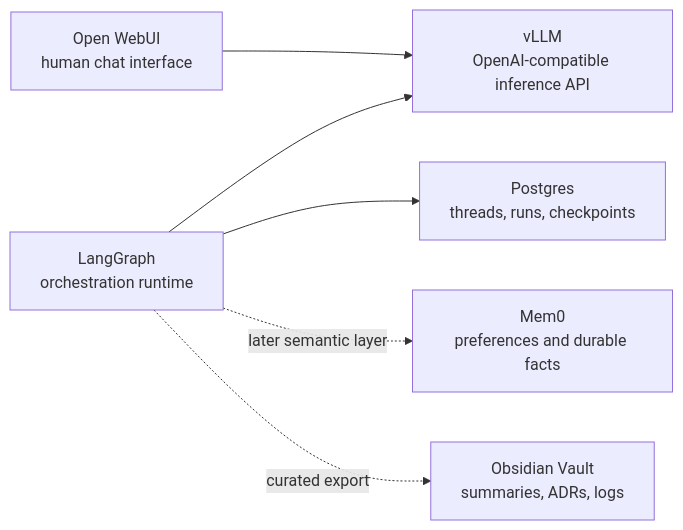
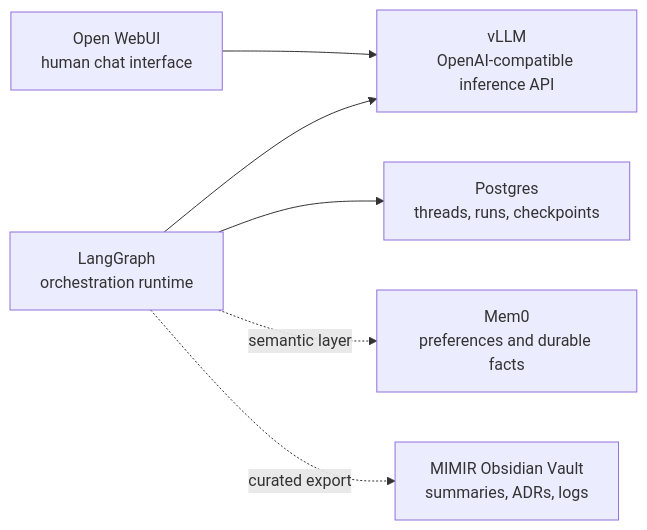
The diagram in docs/diagrams/ai-stack.mmd (ixxet/Prometheus), drawn with Mermaid before and after one commit. The commit also changed 10 other files, not shown here.

```diff
--- a/docs/diagrams/ai-stack.mmd
+++ b/docs/diagrams/ai-stack.mmd
@@ -1,6 +1,6 @@
 flowchart LR
   ui["Open WebUI\nhuman chat interface"] --> vllm["vLLM\nOpenAI-compatible inference API"]
   langgraph["LangGraph\norchestration runtime"] --> vllm
   langgraph --> pg["Postgres\nthreads, runs, checkpoints"]
-  langgraph -. later semantic layer .-> mem0["Mem0\npreferences and durable facts"]
-  langgraph -. curated export .-> obs["Obsidian Vault\nsummaries, ADRs, logs"]
+  langgraph -. semantic layer .-> mem0["Mem0\npreferences and durable facts"]
+  langgraph -. curated export .-> obs["MIMIR Obsidian Vault\nsummaries, ADRs, logs"]
```
